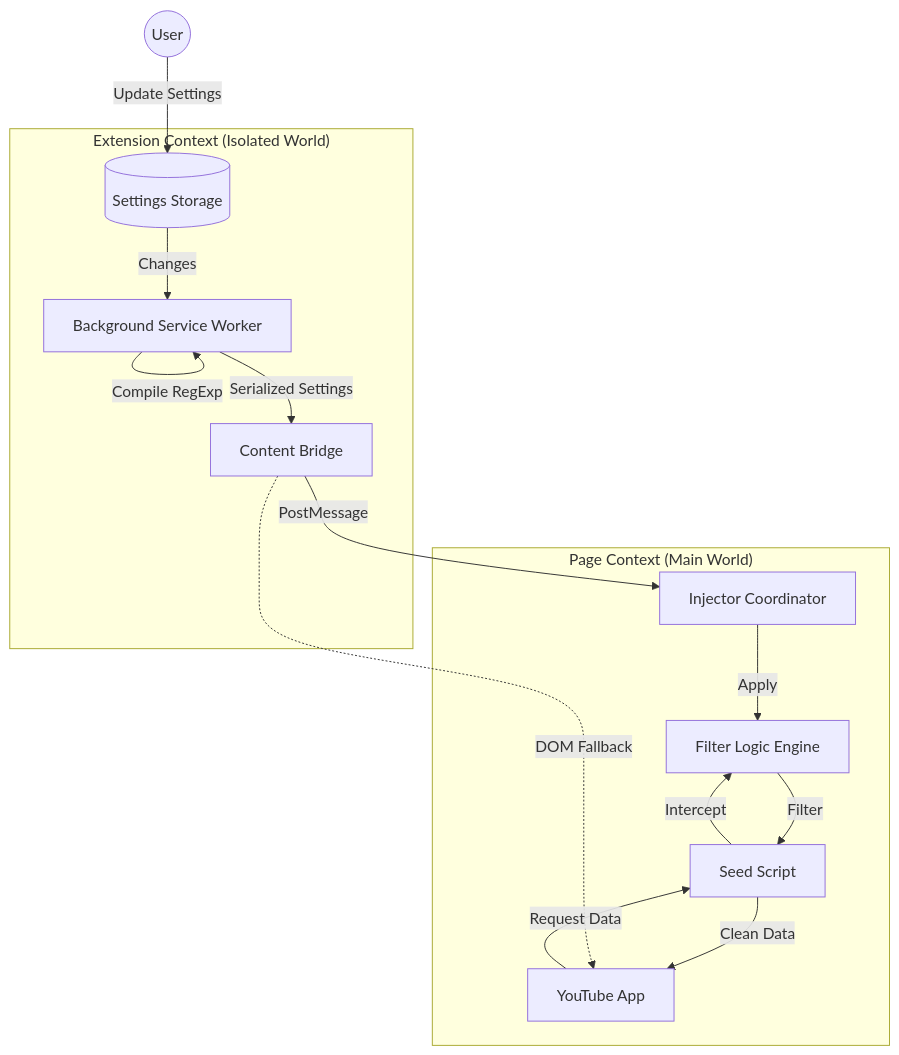
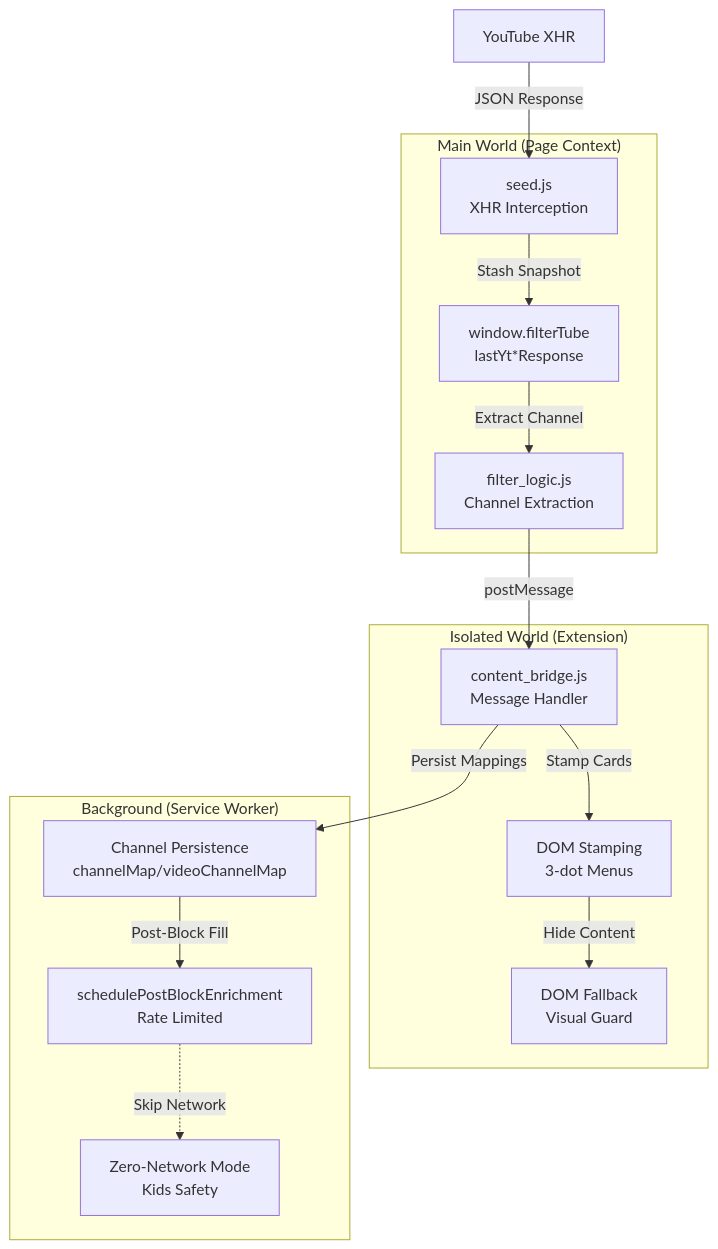
The sixth of 8 diagrams in docs/ARCHITECTURE.md (varshneydevansh/FilterTube), drawn with Mermaid before and after one commit. The commit also changed other lines of this file and 28 other files, not shown here.

Commit message:
BUMP: v3.2.0 Better and robust Channel Blocking via XHR and improve block flow

````diff
--- a/docs/ARCHITECTURE.md
+++ b/docs/ARCHITECTURE.md
@@ -72,29 +482,31 @@
 ```mermaid
 graph TD
-    subgraph "Extension Context (Isolated World)"
-        BG[Background Service Worker]
-        CB[Content Bridge]
-        Storage[(Settings Storage)]
+    subgraph "Main World (Page Context)"
+        Seed[seed.js<br/>XHR Interception]
+        Filter[filter_logic.js<br/>Channel Extraction]
+        Snapshots[window.filterTube<br/>lastYt*Response]
     end
 
-    subgraph "Page Context (Main World)"
-        Seed[Seed Script]
-        Engine[Filter Logic Engine]
-        Injector[Injector Coordinator]
-        YT[YouTube App]
+    subgraph "Isolated World (Extension)"
+        Bridge[content_bridge.js<br/>Message Handler]
+        DOM[DOM Stamping<br/>3-dot Menus]
+        Fallback[DOM Fallback<br/>Visual Guard]
     end
 
-    User((User)) -->|Update Settings| Storage
-    Storage -->|Changes| BG
-    BG -->|Compile RegExp| BG
-    BG -->|Serialized Settings| CB
-    CB -->|PostMessage| Injector
-    Injector -->|Apply| Engine
+    subgraph "Background (Service Worker)"
+        Persist[Channel Persistence<br/>channelMap/videoChannelMap]
+        Enrich[schedulePostBlockEnrichment<br/>Rate Limited]
+        Kids[Zero-Network Mode<br/>Kids Safety]
+    end
+
+    YouTube[YouTube XHR] -->|JSON Response| Seed
+    Seed -->|Stash Snapshot| Snapshots
+    Snapshots -->|Extract Channel| Filter
+    Filter -->|postMessage| Bridge
+    Bridge -->|Stamp Cards| DOM
+    Bridge -->|Persist Mappings| Persist
+    Persist -->|Post-Block Fill| Enrich
+    Enrich -.->|Skip Network| Kids
     
-    YT -->|Request Data| Seed
-    Seed -->|Intercept| Engine
-    Engine -->|Filter| Seed
-    Seed -->|Clean Data| YT
-    
-    CB -.->|DOM Fallback| YT
+    DOM -->|Hide Content| Fallback
 ```
````
